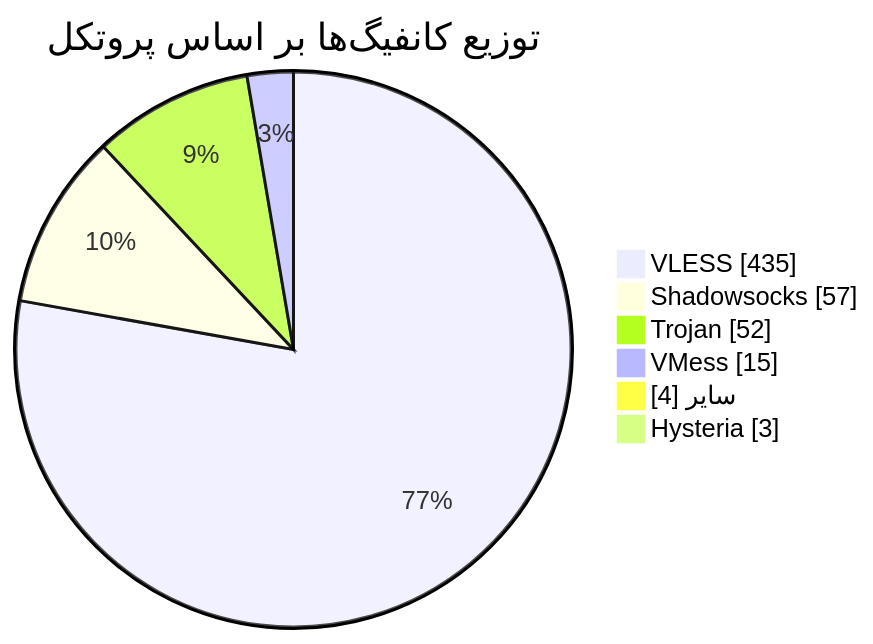
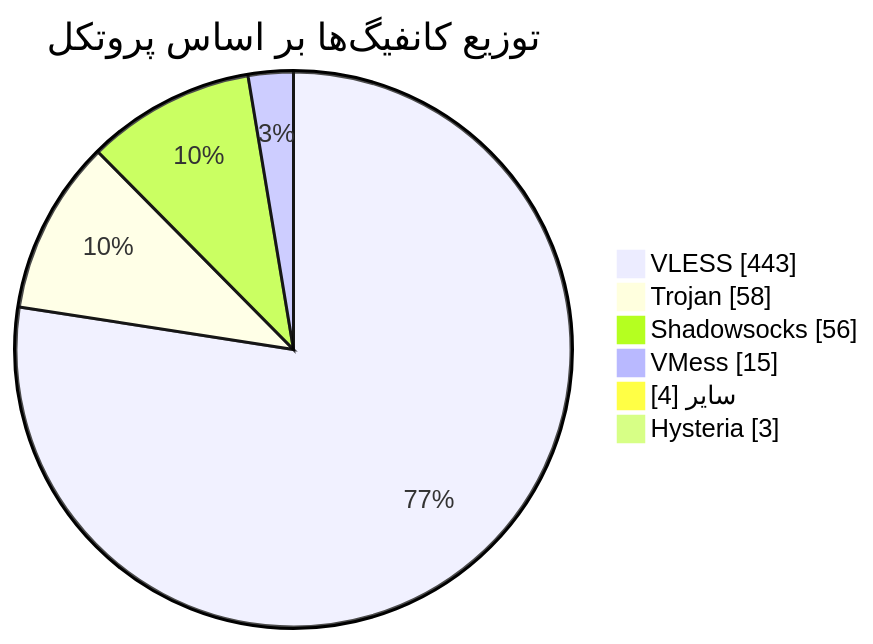
One commit to Arian-Alijani/Somthing changed the diagram in README.md. Above: the diagram before and after it, drawn with Mermaid. The commit also changed other lines of this file and 17 other files, not shown here.

````diff
--- a/README.md
+++ b/README.md
@@ -48,10 +48,10 @@
 ```mermaid
 pie showData
     title توزیع کانفیگ‌ها بر اساس پروتکل
-    "VLESS" : 435
-    "Shadowsocks" : 57
-    "Trojan" : 52
+    "VLESS" : 443
+    "Trojan" : 58
+    "Shadowsocks" : 56
     "VMess" : 15
     "سایر" : 4
     "Hysteria" : 3
 ```
````
